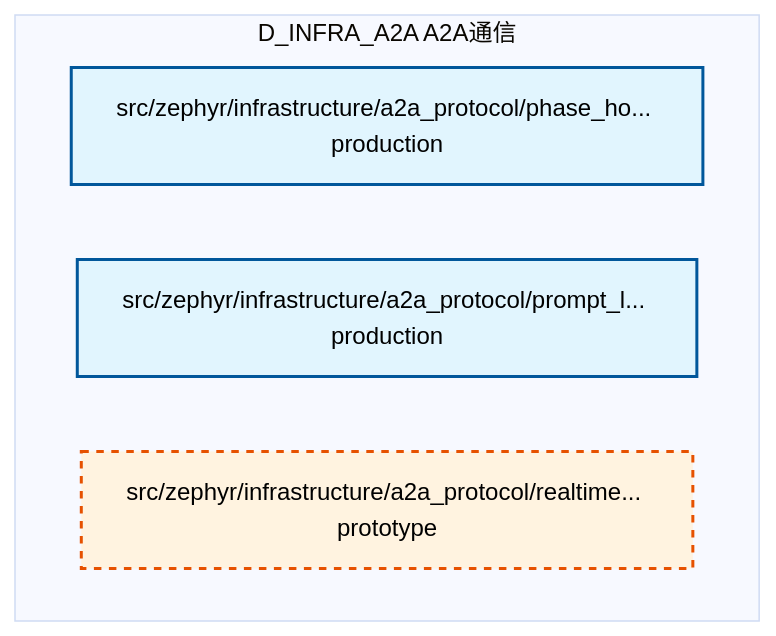
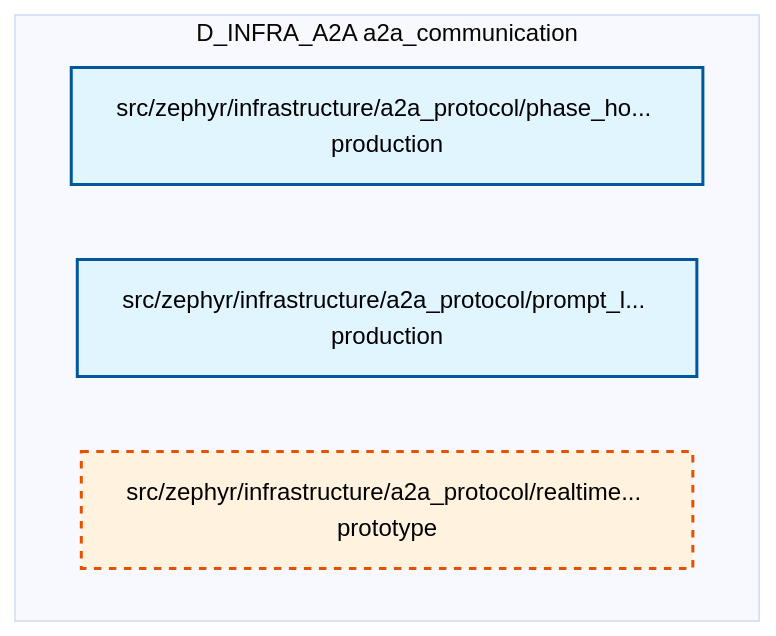
The fourth of 4 diagrams in docs/02_enterprise_architecture/02_domain_architecture_docs/01_d_infra_a2a.md (xuanFelixVan/ZephyrAlpha), drawn with Mermaid (base theme) before and after one commit. The commit also changed other lines of this file and 105 other files, not shown here.

````diff
--- a/docs/02_enterprise_architecture/02_domain_architecture_docs/01_d_infra_a2a.md
+++ b/docs/02_enterprise_architecture/02_domain_architecture_docs/01_d_infra_a2a.md
@@ -288,14 +289,14 @@
 ```mermaid
 graph TD
-    subgraph D_INFRA_A2A["D_INFRA_A2A A2A通信"]
+    subgraph D_INFRA_A2A["D_INFRA_A2A a2a_communication"]
         src_zephyr_infrastructure_a2a_protocol_phase_hold_py["src/zephyr/infrastructure/a2a_protocol/phase_ho... production"]
         src_zephyr_infrastructure_a2a_protocol_prompt_lifecycle_py["src/zephyr/infrastructure/a2a_protocol/prompt_l... production"]
         src_zephyr_infrastructure_a2a_protocol_realtime_streaming_py["src/zephyr/infrastructure/a2a_protocol/realtime... prototype"]
     end
     classDef production fill:#e1f5fe,stroke:#01579b,stroke-width:2px,color:#000
     classDef design fill:#fff3e0,stroke:#e65100,stroke-width:2px,color:#000,stroke-dasharray: 5 5
     classDef external_prod fill:#e8f5e9,stroke:#1b5e20,stroke-width:1px,color:#000
     classDef external_design fill:#fce4ec,stroke:#880e4f,stroke-width:1px,color:#000,stroke-dasharray: 5 5
     class src_zephyr_infrastructure_a2a_protocol_phase_hold_py,src_zephyr_infrastructure_a2a_protocol_prompt_lifecycle_py production
     class src_zephyr_infrastructure_a2a_protocol_realtime_streaming_py design
 ```
````
